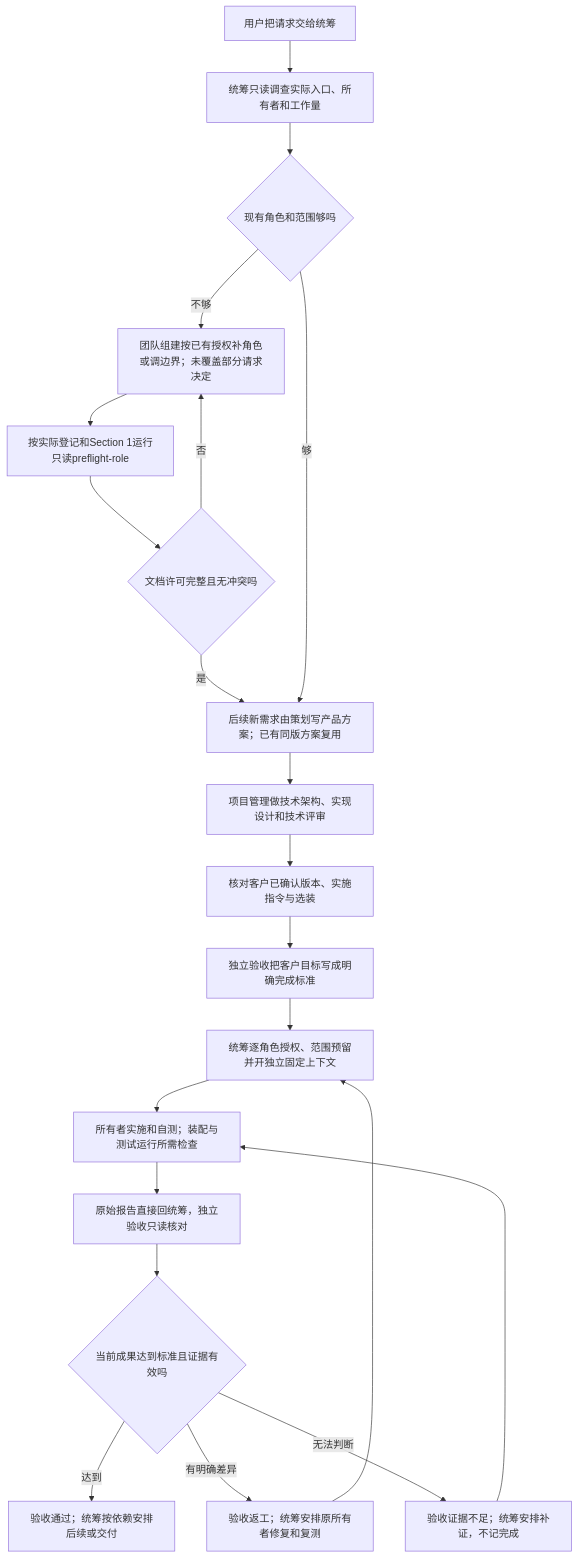
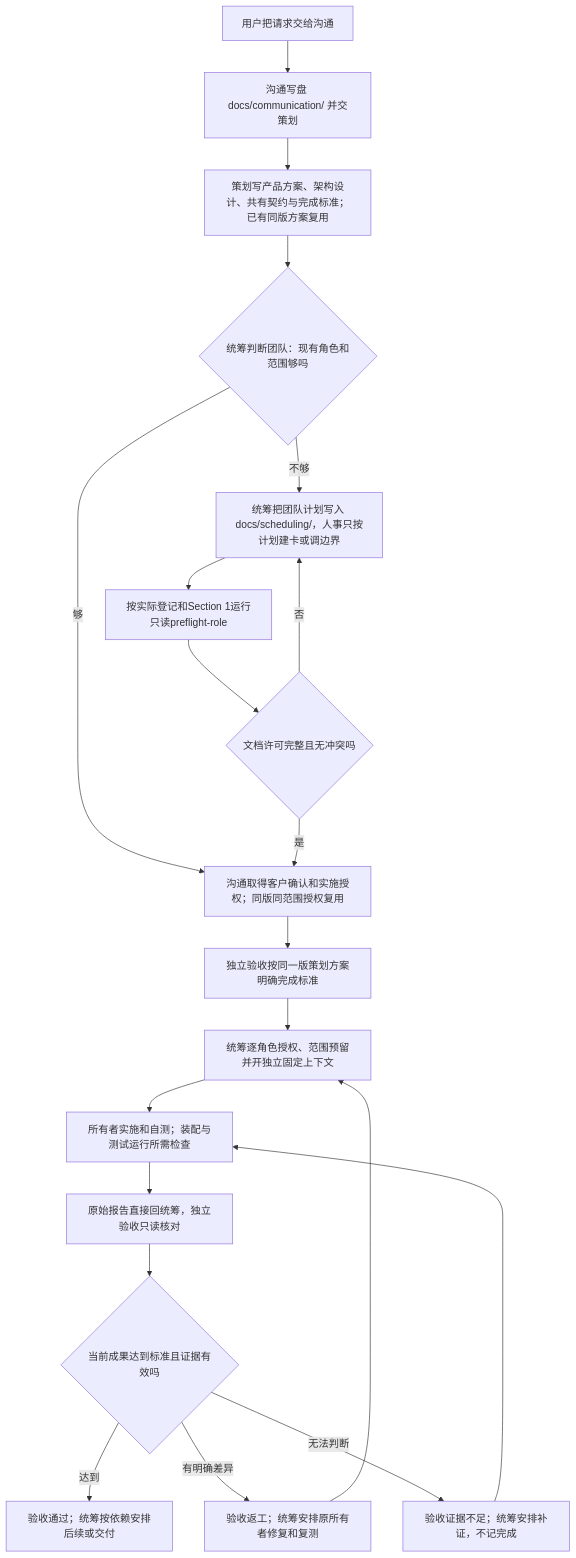
Before and after one commit to wangzhongren/ans-skill: the diagram in 角色卡/技能规范/docs/feature/role-authority-split.md, drawn with Mermaid. The commit also changed other lines of this file and 78 other files, not shown here.

````diff
--- a/角色卡/技能规范/docs/feature/role-authority-split.md
+++ b/角色卡/技能规范/docs/feature/role-authority-split.md
@@ -39,23 +42,22 @@
 ```mermaid
 flowchart TD
-  input[用户把请求交给统筹] --> inspect[统筹只读调查实际入口、所有者和工作量]
-  inspect --> roles{现有角色和范围够吗}
-  roles -->|不够| formation[团队组建按已有授权补角色或调边界；未覆盖部分请求决定]
+  input[用户把请求交给沟通] --> intake[沟通写盘 docs/communication/ 并交策划]
+  intake --> planning[策划写产品方案、架构设计、共有契约与完成标准；已有同版方案复用]
+  planning --> judge{统筹判断团队：现有角色和范围够吗}
+  judge -->|够| consent
+  judge -->|不够| formation[统筹把团队计划写入 docs/scheduling/，人事只按计划建卡或调边界]
   formation --> preflight[按实际登记和Section 1运行只读preflight-role]
   preflight --> complete{文档许可完整且无冲突吗}
   complete -->|否| formation
-  complete -->|是| planning
-  roles -->|够| planning[后续新需求由策划写产品方案；已有同版方案复用]
-  planning --> proposal[项目管理做技术架构、实现设计和技术评审]
-  proposal --> consent[核对客户已确认版本、实施指令与选装]
-  consent --> criteria[独立验收把客户目标写成明确完成标准]
+  complete -->|是| consent[沟通取得客户确认和实施授权；同版同范围授权复用]
+  consent --> criteria[独立验收按同一版策划方案明确完成标准]
   criteria --> assign[统筹逐角色授权、范围预留并开独立固定上下文]
   assign --> work[所有者实施和自测；装配与测试运行所需检查]
   work --> evidence[原始报告直接回统筹，独立验收只读核对]
   evidence --> verdict{当前成果达到标准且证据有效吗}
   verdict -->|达到| pass[验收通过；统筹按依赖安排后续或交付]
   verdict -->|有明确差异| rework[验收返工；统筹安排原所有者修复和复测]
   verdict -->|无法判断| missing[验收证据不足；统筹安排补证，不记完成]
   rework --> assign
   missing --> work
 ```
````
